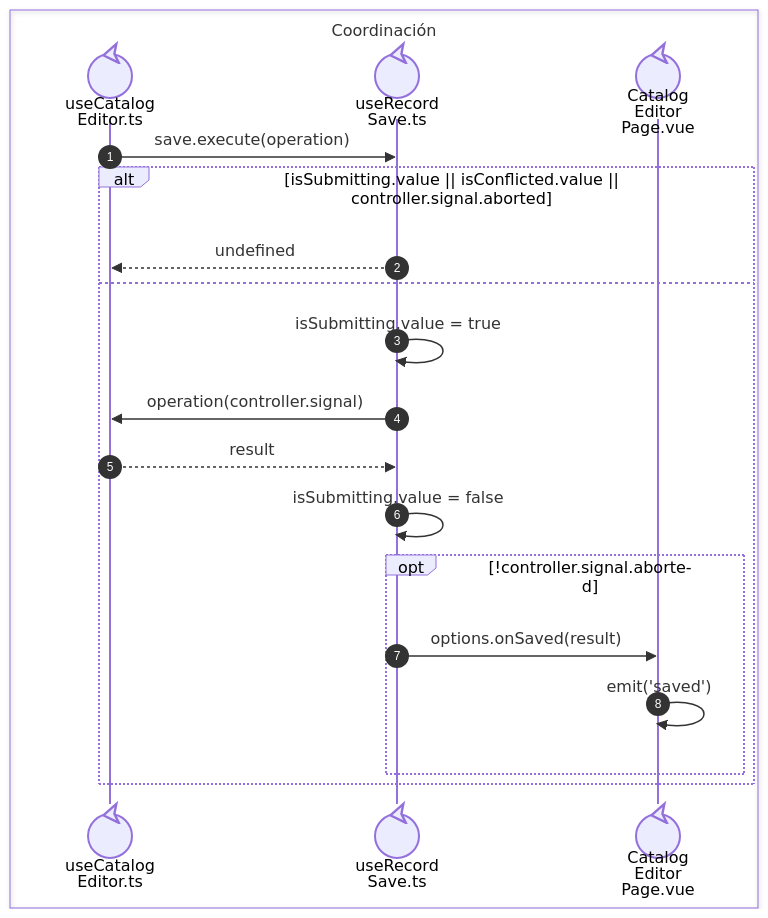
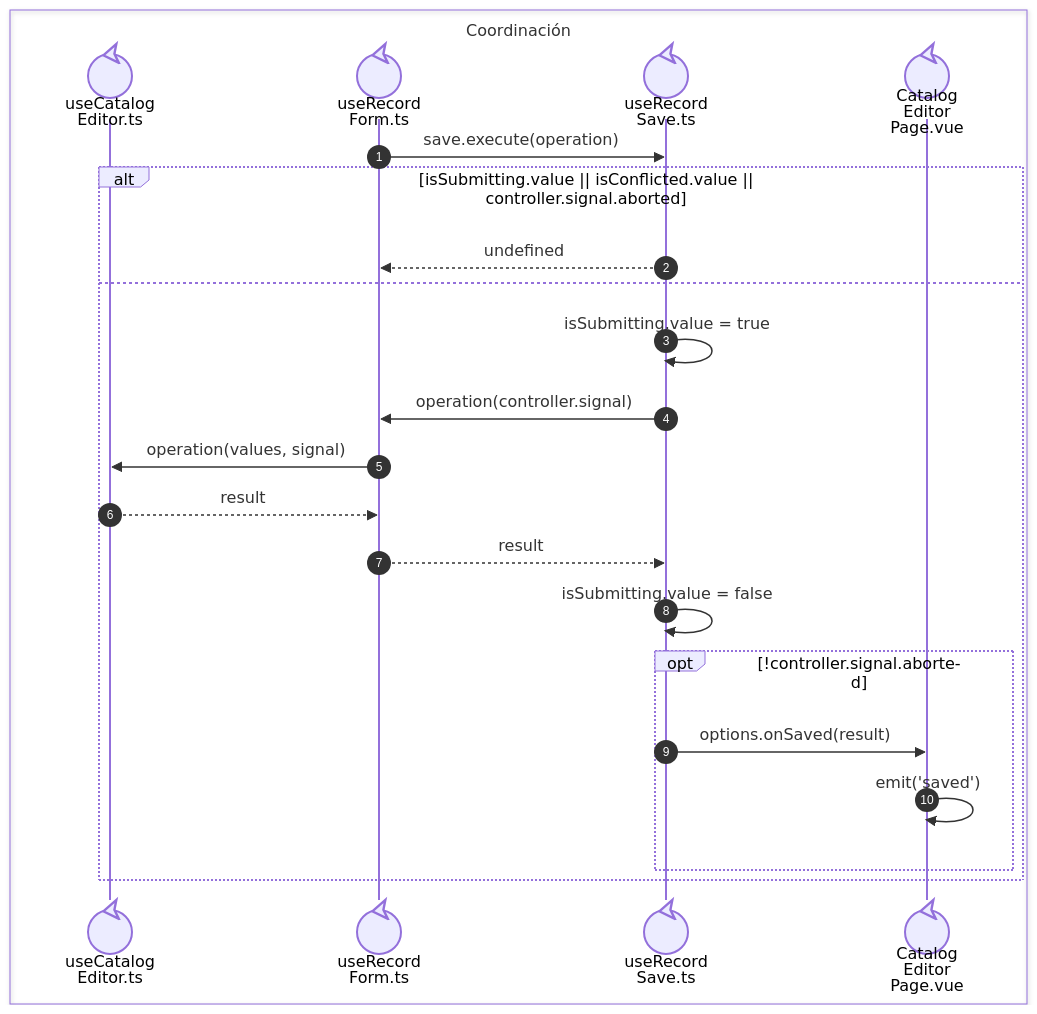
Before and after one commit to gpgsistemas01/nexus: the first of 2 diagrams in front/docs/architecture/views/processes/02-shared-runtime/08-record-save.md, drawn with Mermaid. The commit also changed other lines of this file and 82 other files, not shown here.

````diff
--- a/front/docs/architecture/views/processes/02-shared-runtime/08-record-save.md
+++ b/front/docs/architecture/views/processes/02-shared-runtime/08-record-save.md
@@ -5,22 +5,25 @@
 ```mermaid
 sequenceDiagram
     autonumber
     box Coordinación
     participant Editor@{ "type": "control" } as useCatalog<br/>Editor.ts
+    participant Record@{ "type": "control" } as useRecord<br/>Form.ts
     participant Save@{ "type": "control" } as useRecord<br/>Save.ts
     participant Page@{ "type": "control" } as Catalog<br/>Editor<br/>Page.vue
     end
-    Editor->>Save: nowrap: save.execute(operation)
+    Record->>Save: nowrap: save.execute(operation)
     alt nowrap: isSubmitting.value || isConflicted.value ||<br/>controller.signal.aborted
-        Save-->>Editor: nowrap: undefined
+        Save-->>Record: nowrap: undefined
     else
         Save->>Save: nowrap: isSubmitting.value = true
-        Save->>Editor: nowrap: operation(controller.signal)
-        Editor-->>Save: nowrap: result
+        Save->>Record: nowrap: operation(controller.signal)
+        Record->>Editor: nowrap: operation(values, signal)
+        Editor-->>Record: nowrap: result
+        Record-->>Save: nowrap: result
         Save->>Save: nowrap: isSubmitting.value = false
         opt nowrap: !controller.signal.aborted
             Save->>Page: nowrap: options.onSaved(result)
             Page->>Page: nowrap: emit('saved')
         end
     end
 ```
````
